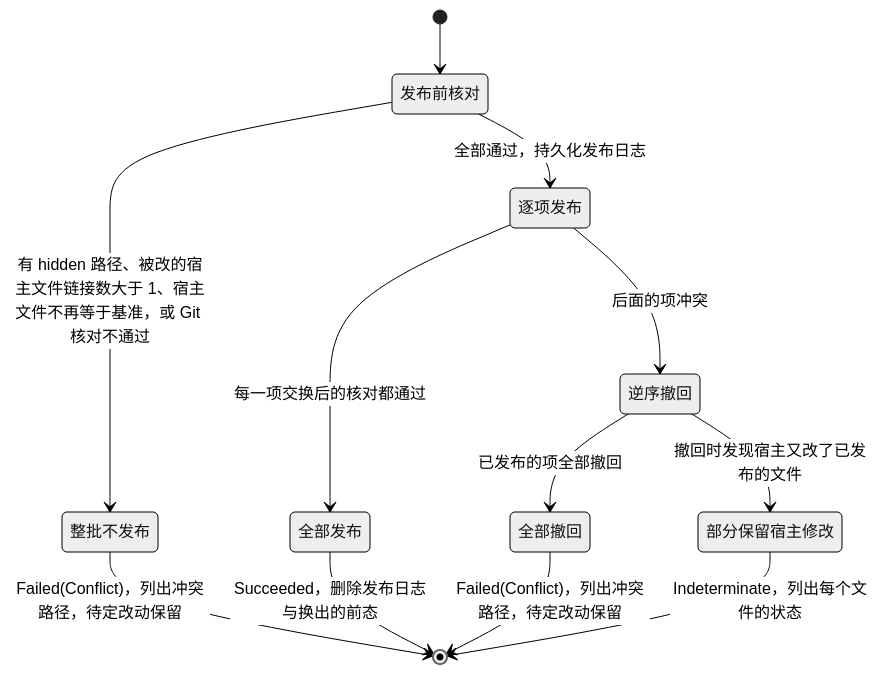
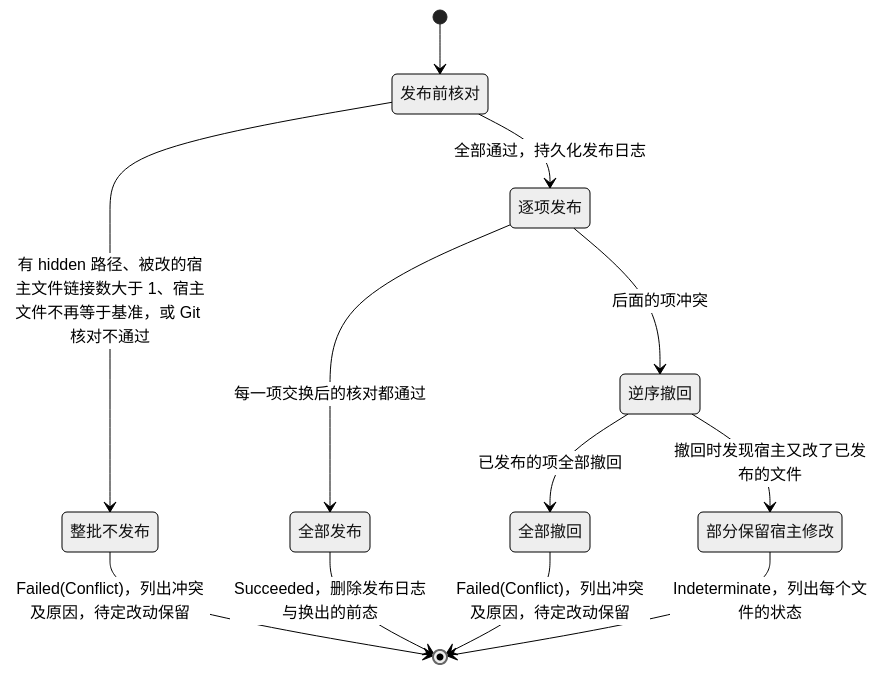
The second of 2 diagrams in docs/architecture/lancet-node/shadow-workspace.md (Skyline10124/lancet), drawn with Mermaid (neutral theme) before and after one commit. The commit also changed other lines of this file and 1 other file, not shown here.

First line of the commit message:
docs(architecture): 发布冲突逐条写明原因

````diff
--- a/docs/architecture/lancet-node/shadow-workspace.md
+++ b/docs/architecture/lancet-node/shadow-workspace.md
@@ -88,14 +88,14 @@
 ```mermaid
 stateDiagram-v2
     [*] --> 发布前核对
     发布前核对 --> 整批不发布: 有 hidden 路径、被改的宿主文件链接数大于 1、宿主文件不再等于基准，或 Git 核对不通过
     发布前核对 --> 逐项发布: 全部通过，持久化发布日志
     逐项发布 --> 全部发布: 每一项交换后的核对都通过
     逐项发布 --> 逆序撤回: 后面的项冲突
     逆序撤回 --> 全部撤回: 已发布的项全部撤回
     逆序撤回 --> 部分保留宿主修改: 撤回时发现宿主又改了已发布的文件
     全部发布 --> [*]: Succeeded，删除发布日志与换出的前态
-    整批不发布 --> [*]: Failed(Conflict)，列出冲突路径，待定改动保留
-    全部撤回 --> [*]: Failed(Conflict)，列出冲突路径，待定改动保留
+    整批不发布 --> [*]: Failed(Conflict)，列出冲突及原因，待定改动保留
+    全部撤回 --> [*]: Failed(Conflict)，列出冲突及原因，待定改动保留
     部分保留宿主修改 --> [*]: Indeterminate，列出每个文件的状态
 ```
````
